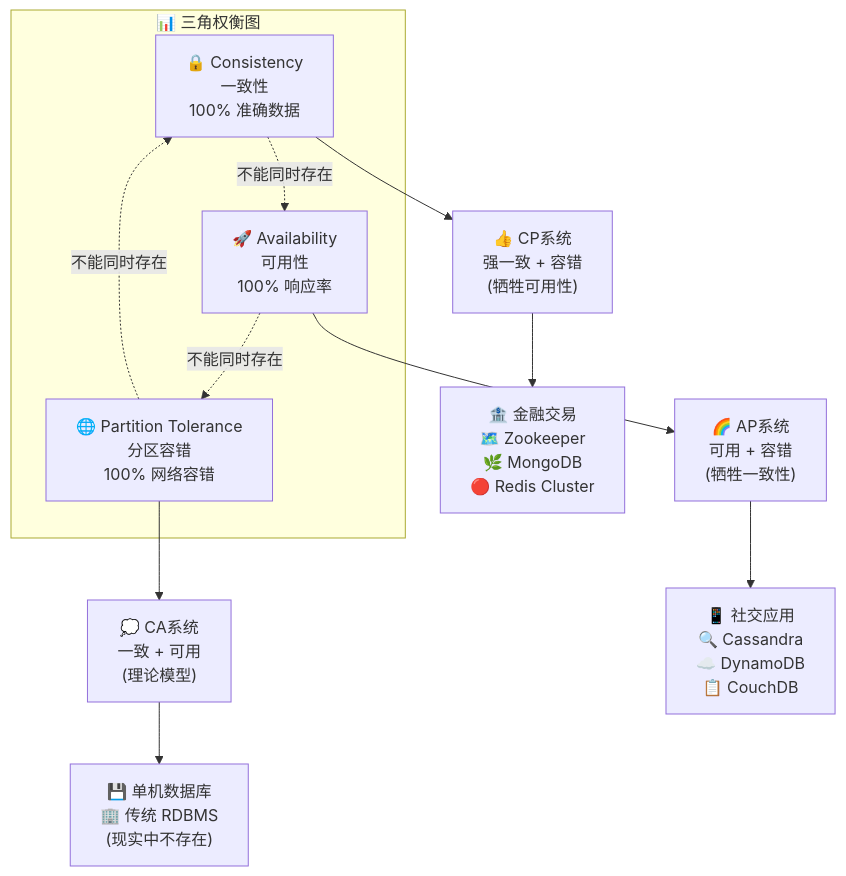
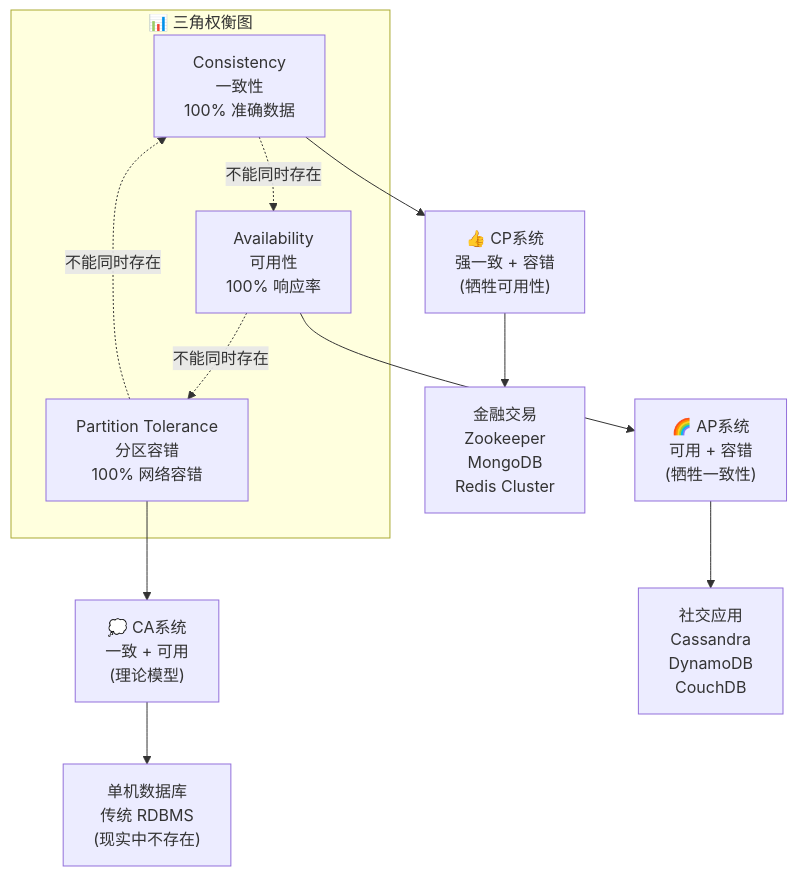
The third of 4 diagrams in content/posts/distributed-02-cap-theorem.md (jsalessandro/lesshash), drawn with Mermaid before and after one commit. The commit also changed other lines of this file and 4 other files, not shown here.

Commit message:
feat: Add Mermaid support for enhanced diagram rendering in posts

````diff
--- a/content/posts/distributed-02-cap-theorem.md
+++ b/content/posts/distributed-02-cap-theorem.md
@@ -89,20 +89,20 @@
 ```mermaid
-graph TD
+flowchart TD
     subgraph "📊 三角权衡图"
-        A["🔒 Consistency<br/>一致性<br/>100% 准确数据"]
-        B["🚀 Availability<br/>可用性<br/>100% 响应率"]
-        C["🌐 Partition Tolerance<br/>分区容错<br/>100% 网络容错"]
+        A["Consistency<br/>一致性<br/>100% 准确数据"]
+        B["Availability<br/>可用性<br/>100% 响应率"]
+        C["Partition Tolerance<br/>分区容错<br/>100% 网络容错"]
     end
 
     A -.->|"不能同时存在"| B
     B -.->|"不能同时存在"| C
     C -.->|"不能同时存在"| A
 
     A --> CP["👍 CP系统<br/>强一致 + 容错<br/>(牺牲可用性)"]
     B --> AP["🌈 AP系统<br/>可用 + 容错<br/>(牺牲一致性)"]
     C --> CA["💭 CA系统<br/>一致 + 可用<br/>(理论模型)"]
 
-    CP --> CP_SYSTEMS["🏦 金融交易<br/>🗺️ Zookeeper<br/>🌿 MongoDB<br/>🔴 Redis Cluster"]
-    AP --> AP_SYSTEMS["📱 社交应用<br/>🔍 Cassandra<br/>☁️ DynamoDB<br/>📋 CouchDB"]
-    CA --> CA_SYSTEMS["💾 单机数据库<br/>🏢 传统 RDBMS<br/>(现实中不存在)"]
+    CP --> CP_SYSTEMS["金融交易<br/>Zookeeper<br/>MongoDB<br/>Redis Cluster"]
+    AP --> AP_SYSTEMS["社交应用<br/>Cassandra<br/>DynamoDB<br/>CouchDB"]
+    CA --> CA_SYSTEMS["单机数据库<br/>传统 RDBMS<br/>(现实中不存在)"]
 ```
````
